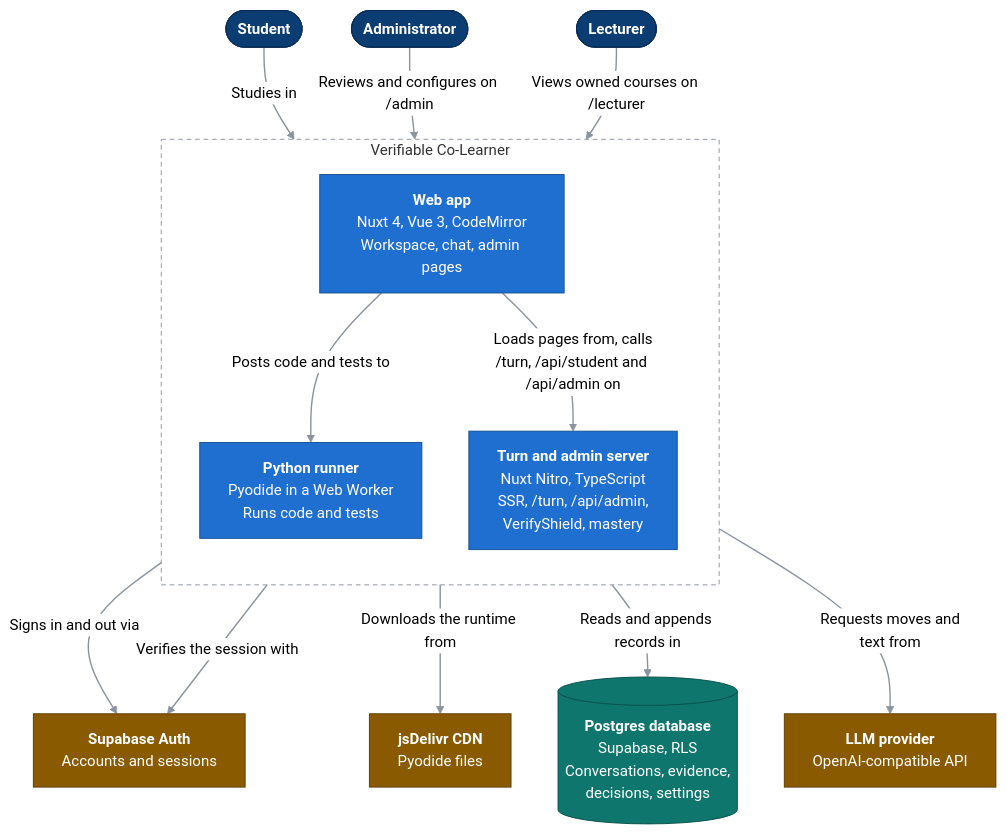
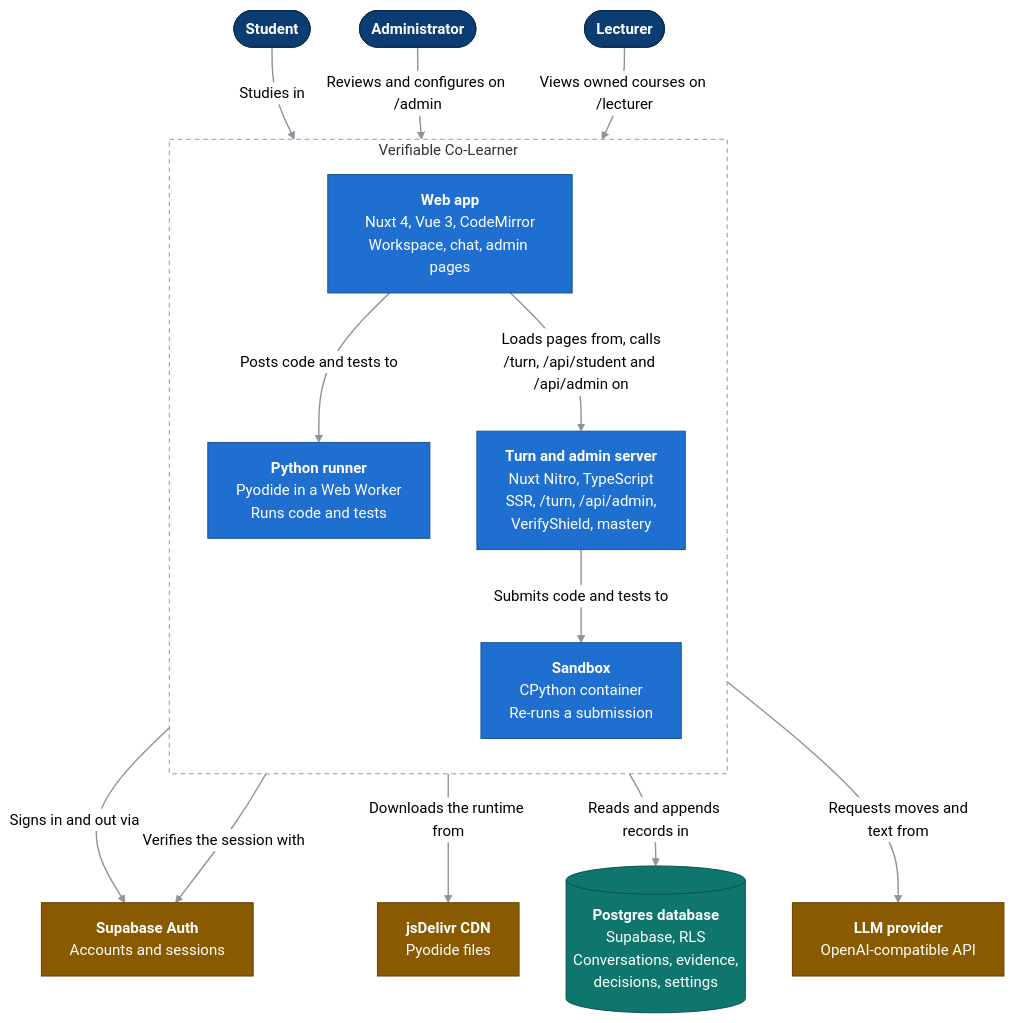
One commit to Bill2926/COS40005_HN9_Verifiable_Co-Learner_Agent changed the diagram in docs/c4/02-containers.md. Above: the diagram before and after it, drawn with Mermaid (neutral theme). The commit also changed other lines of this file and 37 other files, not shown here.

First line of the commit message:
Count a submission only when the sandbox verifies it.

````diff
--- a/docs/c4/02-containers.md
+++ b/docs/c4/02-containers.md
@@ -10,37 +10,39 @@
 ```mermaid
 flowchart TB
   classDef person fill:#0b3d73,stroke:#082b52,color:#ffffff
   classDef comp fill:#1f6fd0,stroke:#164f96,color:#ffffff
   classDef ext fill:#8a5a00,stroke:#5c3c00,color:#ffffff
   classDef db fill:#0f766e,stroke:#0a4f4a,color:#ffffff
   linkStyle default stroke:#8b949e,stroke-width:1.5px
 
   student(["<b>Student</b>"]):::person
   owner(["<b>Administrator</b>"]):::person
   lecturer(["<b>Lecturer</b>"]):::person
 
   subgraph sys["Verifiable Co-Learner"]
     direction TB
     spa["<b>Web app</b><br/>Nuxt 4, Vue 3, CodeMirror<br/>Workspace, chat, admin pages"]:::comp
     pyodide["<b>Python runner</b><br/>Pyodide in a Web Worker<br/>Runs code and tests"]:::comp
     server["<b>Turn and admin server</b><br/>Nuxt Nitro, TypeScript<br/>SSR, /turn, /api/admin,<br/>VerifyShield, mastery"]:::comp
+    sandbox["<b>Sandbox</b><br/>CPython container<br/>Re-runs a submission"]:::comp
   end
 
   auth["<b>Supabase Auth</b><br/>Accounts and sessions"]:::ext
   db[("<b>Postgres database</b><br/>Supabase, RLS<br/>Conversations, evidence,<br/>decisions, settings")]:::db
   llm["<b>LLM provider</b><br/>OpenAI-compatible API"]:::ext
   cdn["<b>jsDelivr CDN</b><br/>Pyodide files"]:::ext
 
   student -->|"Studies in"| spa
   owner -->|"Reviews and configures on /admin"| spa
   lecturer -->|"Views owned courses on /lecturer"| spa
   spa -->|"Posts code and tests to"| pyodide
   spa -->|"Loads pages from, calls<br/>/turn, /api/student and /api/admin on"| server
   spa -->|"Signs in and out via"| auth
   pyodide -->|"Downloads the runtime from"| cdn
   server -->|"Verifies the session with"| auth
   server -->|"Reads and appends records in"| db
   server -->|"Requests moves and<br/>text from"| llm
+  server -->|"Submits code and tests to"| sandbox
 
   style sys fill:none,stroke:#8b949e,stroke-dasharray:5 4
 ```
````
